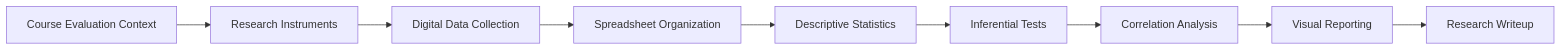
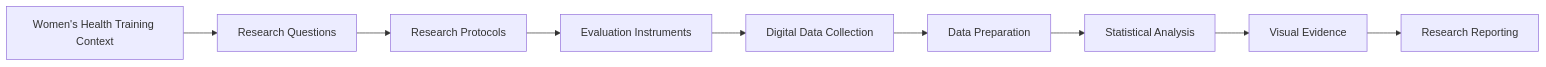
The diagram in README.md (arielabade/echo-womens-health-research-analytics), drawn with Mermaid before and after one commit. The commit also changed other lines of this file and 8 other files, not shown here.

````diff
--- a/README.md
+++ b/README.md
@@ -39,11 +54,11 @@
 ```mermaid
 flowchart LR
-    A[Course Evaluation Context] --> B[Research Instruments]
-    B --> C[Digital Data Collection]
-    C --> D[Spreadsheet Organization]
-    D --> E[Descriptive Statistics]
-    E --> F[Inferential Tests]
-    F --> G[Correlation Analysis]
-    G --> H[Visual Reporting]
-    H --> I[Research Writeup]
+    A[Women's Health Training Context] --> B[Research Questions]
+    B --> C[Research Protocols]
+    C --> D[Evaluation Instruments]
+    D --> E[Digital Data Collection]
+    E --> F[Data Preparation]
+    F --> G[Statistical Analysis]
+    G --> H[Visual Evidence]
+    H --> I[Research Reporting]
 ```
````
